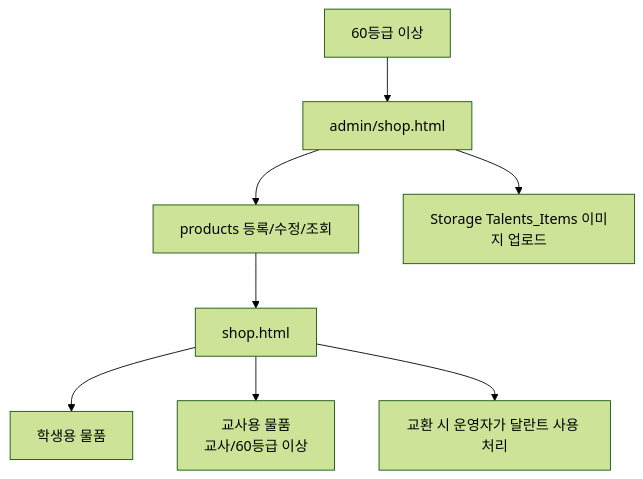
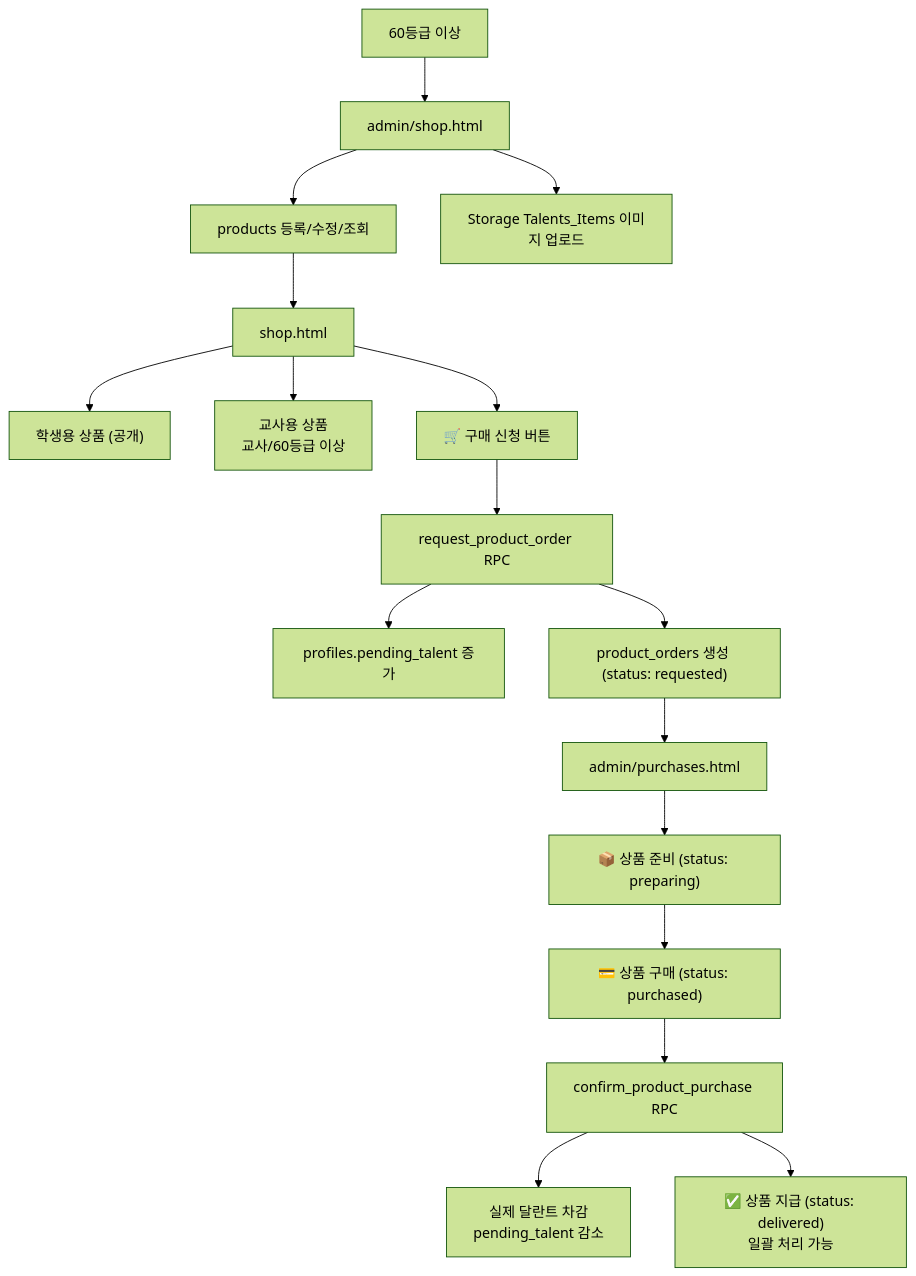
The eighth of 11 diagrams in docs/PROJECT_ARCHITECTURE_FLOW.md (CHO-Talents/CHO-Talents), drawn with Mermaid (forest theme) before and after one commit. The commit also changed other lines of this file and 2 other files, not shown here.

````diff
--- a/docs/PROJECT_ARCHITECTURE_FLOW.md
+++ b/docs/PROJECT_ARCHITECTURE_FLOW.md
@@ -224,10 +289,21 @@
 ```mermaid
 flowchart TD
   Manager["60등급 이상"] --> ManageShop["admin/shop.html"]
   ManageShop --> ProductCRUD["products 등록/수정/조회"]
   ManageShop --> Upload["Storage Talents_Items 이미지 업로드"]
   ProductCRUD --> PublicShop["shop.html"]
-  PublicShop --> Student["학생용 물품"]
-  PublicShop --> Teacher["교사용 물품<br/>교사/60등급 이상"]
-  PublicShop --> Exchange["교환 시 운영자가 달란트 사용 처리"]
+  PublicShop --> Student["학생용 상품 (공개)"]
+  PublicShop --> Teacher["교사용 상품<br/>교사/60등급 이상"]
+
+  PublicShop --> OrderBtn["🛒 구매 신청 버튼"]
+  OrderBtn --> OrderRPC["request_product_order RPC"]
+  OrderRPC --> PendingTalent["profiles.pending_talent 증가"]
+  OrderRPC --> OrderRecord["product_orders 생성 (status: requested)"]
+
+  OrderRecord --> PurchasePage["admin/purchases.html"]
+  PurchasePage --> Preparing["📦 상품 준비 (status: preparing)"]
+  Preparing --> Purchased["💳 상품 구매 (status: purchased)"]
+  Purchased --> ConfirmRPC["confirm_product_purchase RPC"]
+  ConfirmRPC --> Deduct["실제 달란트 차감<br/>pending_talent 감소"]
+  ConfirmRPC --> Delivered["✅ 상품 지급 (status: delivered)<br/>일괄 처리 가능"]
 ```
````
